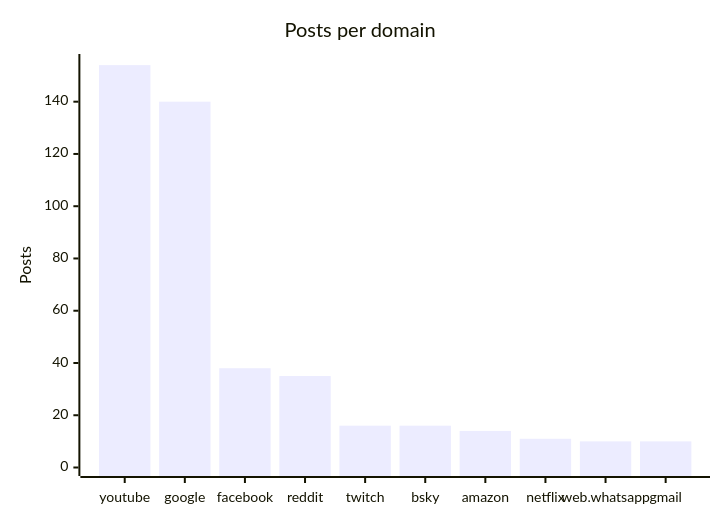
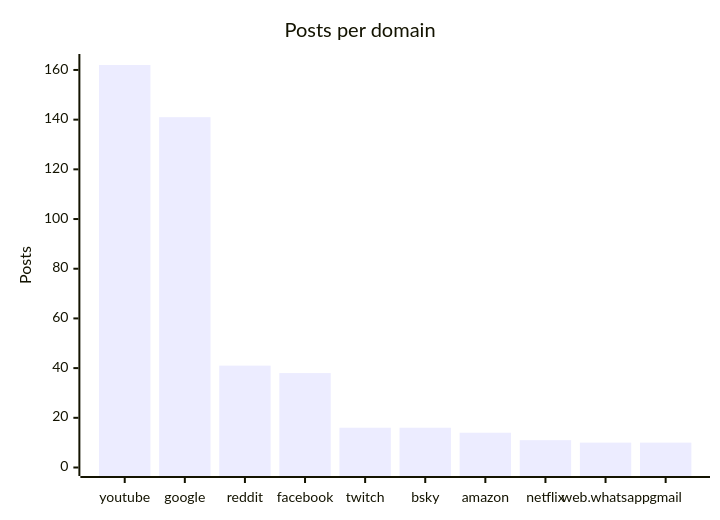
One commit to martinbalfanz/social-scanner-reports changed the fourth of 4 diagrams in README.md. Above: the diagram before and after it, drawn with Mermaid. The commit also changed other lines of this file and 4 other files, not shown here.

````diff
--- a/README.md
+++ b/README.md
@@ -58,7 +58,7 @@
 ```mermaid
 xychart-beta
     title "Posts per domain"
-    x-axis ["youtube", "google", "facebook", "reddit", "twitch", "bsky", "amazon", "netflix", "web.whatsapp", "gmail"]
-    y-axis "Posts" 0 --> 155
-    bar [154, 140, 38, 35, 16, 16, 14, 11, 10, 10]
+    x-axis ["youtube", "google", "reddit", "facebook", "twitch", "bsky", "amazon", "netflix", "web.whatsapp", "gmail"]
+    y-axis "Posts" 0 --> 163
+    bar [162, 141, 41, 38, 16, 16, 14, 11, 10, 10]
 ```
````
